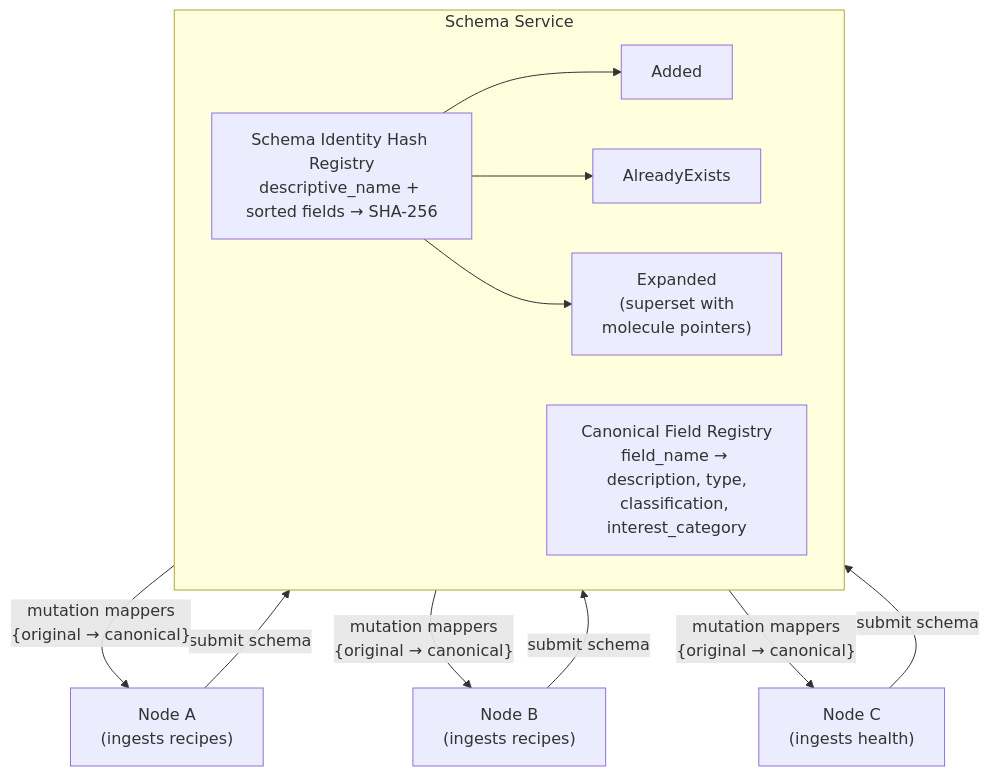
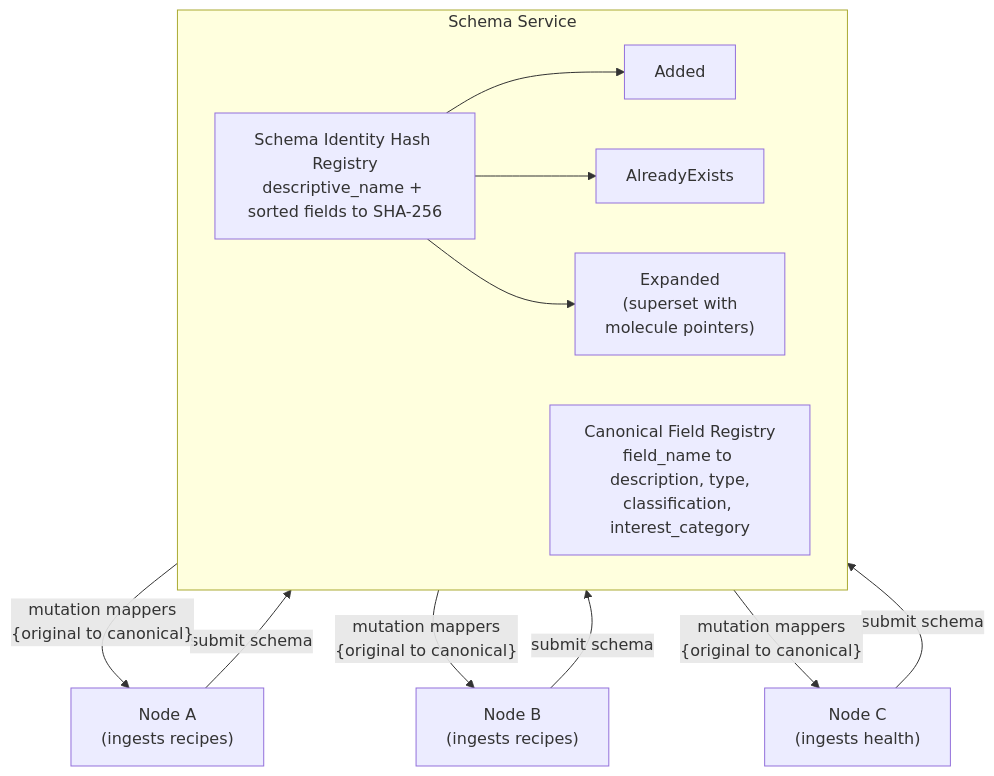
One commit to EdgeVector/edgevector-website changed the first of 6 diagrams in public/docs/corporate/patent_schema_canonical_service.md. Above: the diagram before and after it, drawn with Mermaid. The commit also changed other lines of this file and 5 other files, not shown here.

First line of the commit message:
fix: render mermaid diagrams in patent PDFs and clean mermaid syntax

````diff
--- a/public/docs/corporate/patent_schema_canonical_service.md
+++ b/public/docs/corporate/patent_schema_canonical_service.md
@@ -87,18 +87,18 @@
 ```mermaid
 graph TD
     A["Node A<br/>(ingests recipes)"] -->|submit schema| SS
     B["Node B<br/>(ingests recipes)"] -->|submit schema| SS
     C["Node C<br/>(ingests health)"] -->|submit schema| SS
 
     subgraph SS["Schema Service"]
-        Hash["Schema Identity Hash Registry<br/>descriptive_name + sorted fields → SHA-256"]
-        Canon["Canonical Field Registry<br/>field_name → description, type,<br/>classification, interest_category"]
+        Hash["Schema Identity Hash Registry<br/>descriptive_name + sorted fields to SHA-256"]
+        Canon["Canonical Field Registry<br/>field_name to description, type,<br/>classification, interest_category"]
         Hash --> Added["Added"]
         Hash --> Exists["AlreadyExists"]
         Hash --> Expanded["Expanded<br/>(superset with<br/>molecule pointers)"]
     end
 
-    SS -->|"mutation mappers<br/>{original → canonical}"| A
-    SS -->|"mutation mappers<br/>{original → canonical}"| B
-    SS -->|"mutation mappers<br/>{original → canonical}"| C
+    SS -->|"mutation mappers<br/>{original to canonical}"| A
+    SS -->|"mutation mappers<br/>{original to canonical}"| B
+    SS -->|"mutation mappers<br/>{original to canonical}"| C
 ```
````
